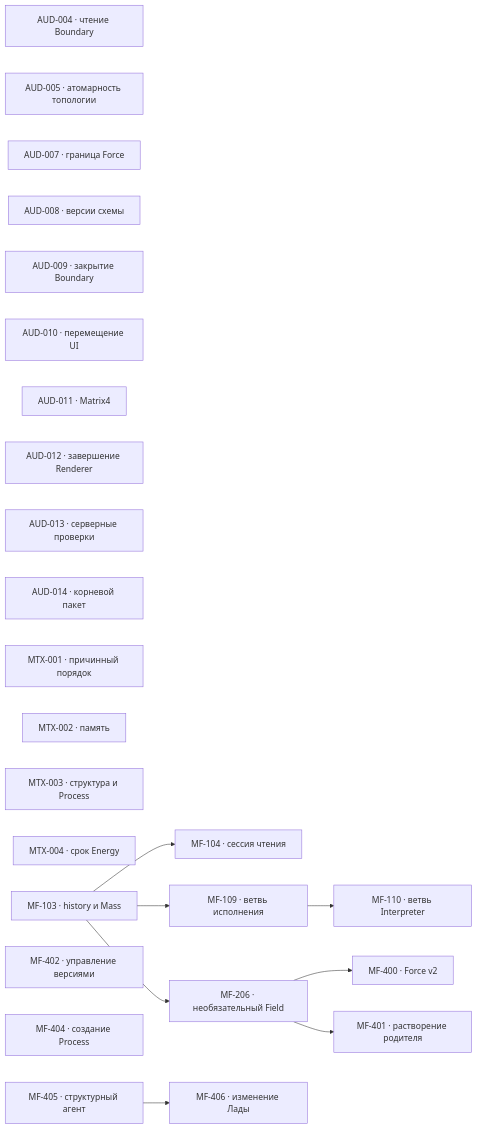
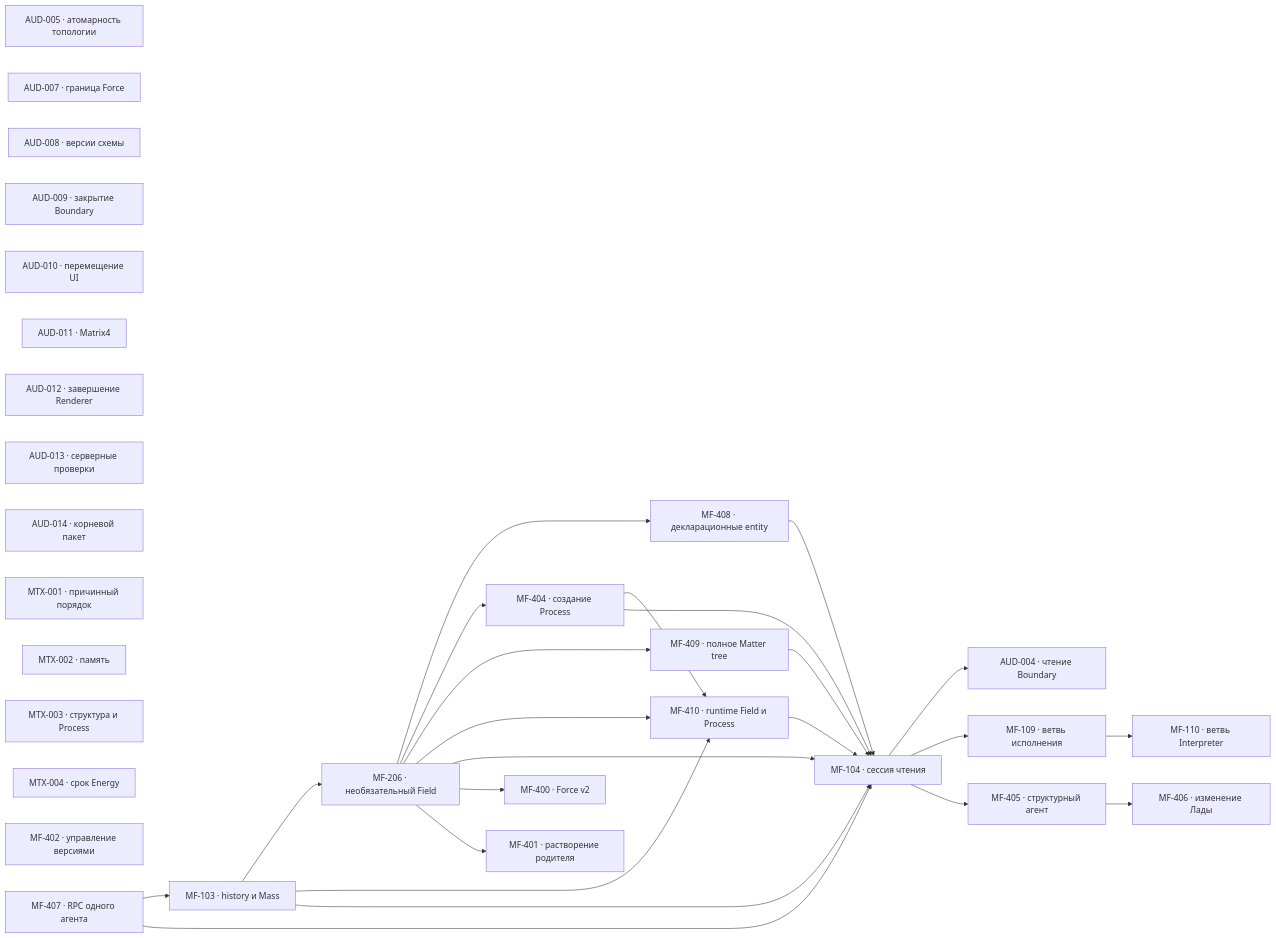
One commit to zavx0z/metafor changed the diagram in project/TODO.md. Above: the diagram before and after it, drawn with Mermaid. The commit also changed other lines of this file and 13 other files, not shown here.

````diff
--- a/project/TODO.md
+++ b/project/TODO.md
@@ -13,36 +13,55 @@
 ```mermaid
 flowchart LR
     AUD004["AUD-004 · чтение Boundary"]
     AUD005["AUD-005 · атомарность топологии"]
     AUD007["AUD-007 · граница Force"]
     AUD008["AUD-008 · версии схемы"]
     AUD009["AUD-009 · закрытие Boundary"]
     AUD010["AUD-010 · перемещение UI"]
     AUD011["AUD-011 · Matrix4"]
     AUD012["AUD-012 · завершение Renderer"]
     AUD013["AUD-013 · серверные проверки"]
     AUD014["AUD-014 · корневой пакет"]
     MTX001["MTX-001 · причинный порядок"]
     MTX002["MTX-002 · память"]
     MTX003["MTX-003 · структура и Process"]
     MTX004["MTX-004 · срок Energy"]
     MF103["MF-103 · history и Mass"]
     MF104["MF-104 · сессия чтения"]
     MF109["MF-109 · ветвь исполнения"]
     MF110["MF-110 · ветвь Interpreter"]
     MF206["MF-206 · необязательный Field"]
     MF400["MF-400 · Force v2"]
     MF401["MF-401 · растворение родителя"]
     MF402["MF-402 · управление версиями"]
     MF404["MF-404 · создание Process"]
     MF405["MF-405 · структурный агент"]
     MF406["MF-406 · изменение Лады"]
+    MF407["MF-407 · RPC одного агента"]
+    MF408["MF-408 · декларационные entity"]
+    MF409["MF-409 · полное Matter tree"]
+    MF410["MF-410 · runtime Field и Process"]
 
+    MF407 --> MF103
+    MF103 --> MF206
+    MF206 --> MF408
+    MF206 --> MF404
+    MF206 --> MF409
+    MF103 --> MF410
+    MF206 --> MF410
+    MF404 --> MF410
+    MF407 --> MF104
     MF103 --> MF104
-    MF103 --> MF109
+    MF206 --> MF104
+    MF408 --> MF104
+    MF404 --> MF104
+    MF409 --> MF104
+    MF410 --> MF104
+    MF104 --> AUD004
+    MF104 --> MF109
     MF109 --> MF110
-    MF103 --> MF206
     MF206 --> MF400
     MF206 --> MF401
+    MF104 --> MF405
     MF405 --> MF406
 ```
````
